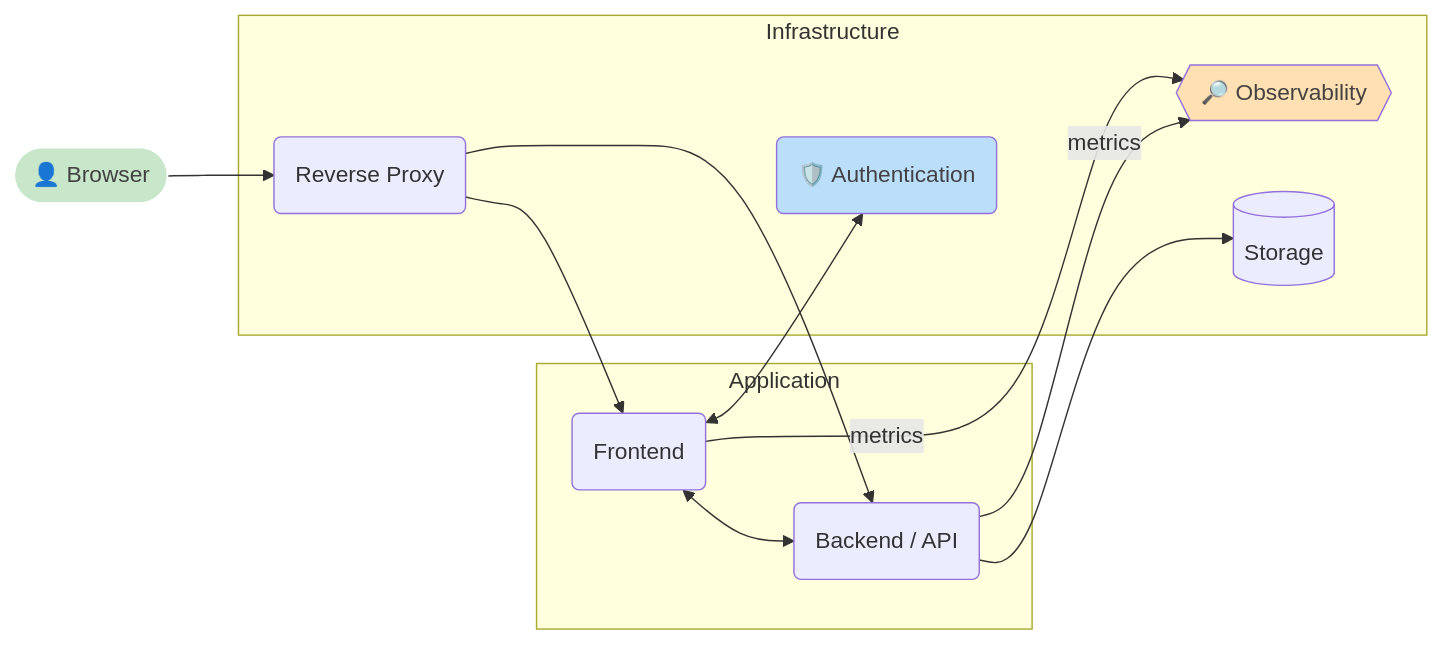
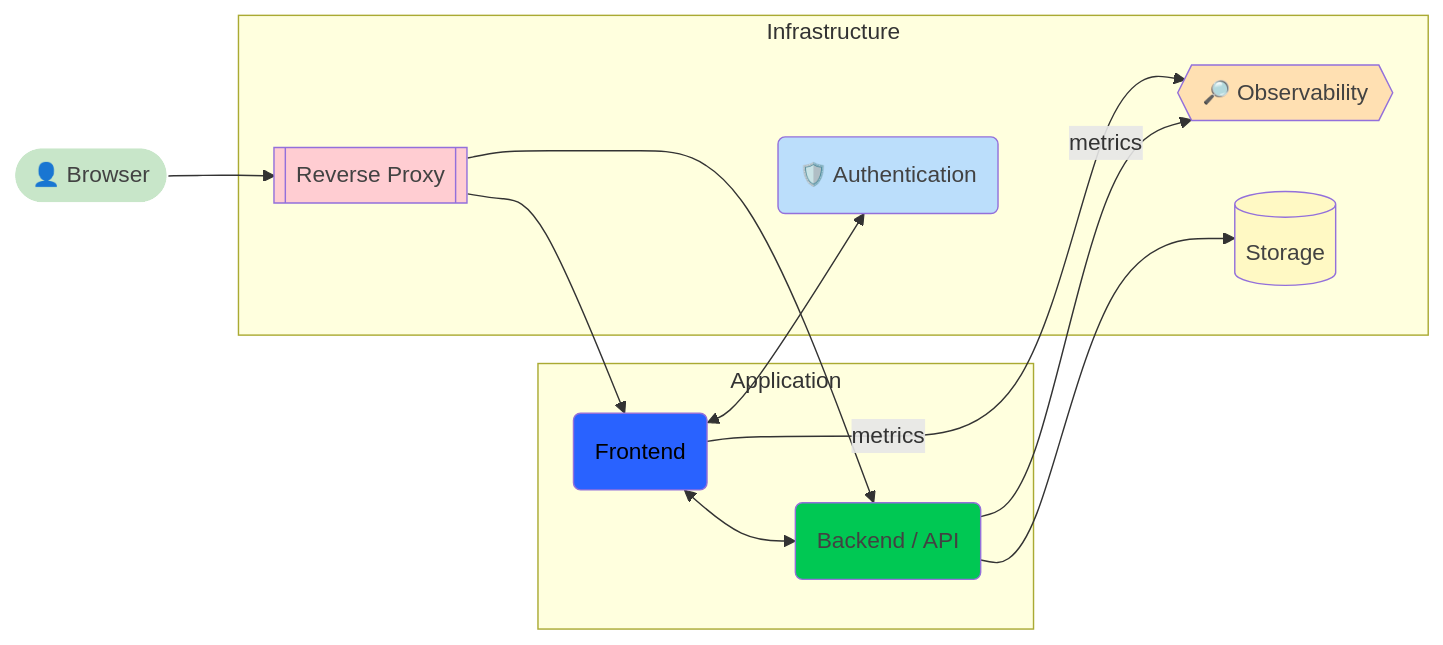
Before and after one commit to OS2offdig/os2-docs-template: the diagram in docs/BASIC_DEVELOPMENT_GUIDE.md, drawn with Mermaid.

Commit message:
Styling and text

````diff
--- a/docs/BASIC_DEVELOPMENT_GUIDE.md
+++ b/docs/BASIC_DEVELOPMENT_GUIDE.md
@@ -9,24 +9,29 @@
 ```mermaid
 flowchart LR
  subgraph Infrastructure["Infrastructure"]
-        P("Reverse Proxy")
+        P[["Reverse Proxy"]]
         O{{"🔎  Observability"}}
         S[("Storage")]
         A("🛡️ Authentication")
   end
  subgraph Application["Application"]
         BE("Backend / API")
         FE("Frontend")
   end
     B(["👤 Browser"]) --> P
     P --> FE & BE
     FE <--> BE & A
     BE --> S
     BE -- metrics --> O
     FE -- metrics --> O
+    style P fill:#FFCDD2,color:#424242
     style O color:#424242,fill:#FFE0B2
+    style S fill:#FFF9C4,color:#424242
     style A fill:#BBDEFB,color:#424242
+    style BE fill:#00C853,color:#424242
+    style FE fill:#2962FF,color:#000000
     style B stroke:#FFFFFF,fill:#C8E6C9,color:#424242
 
 
+
 ```
````
